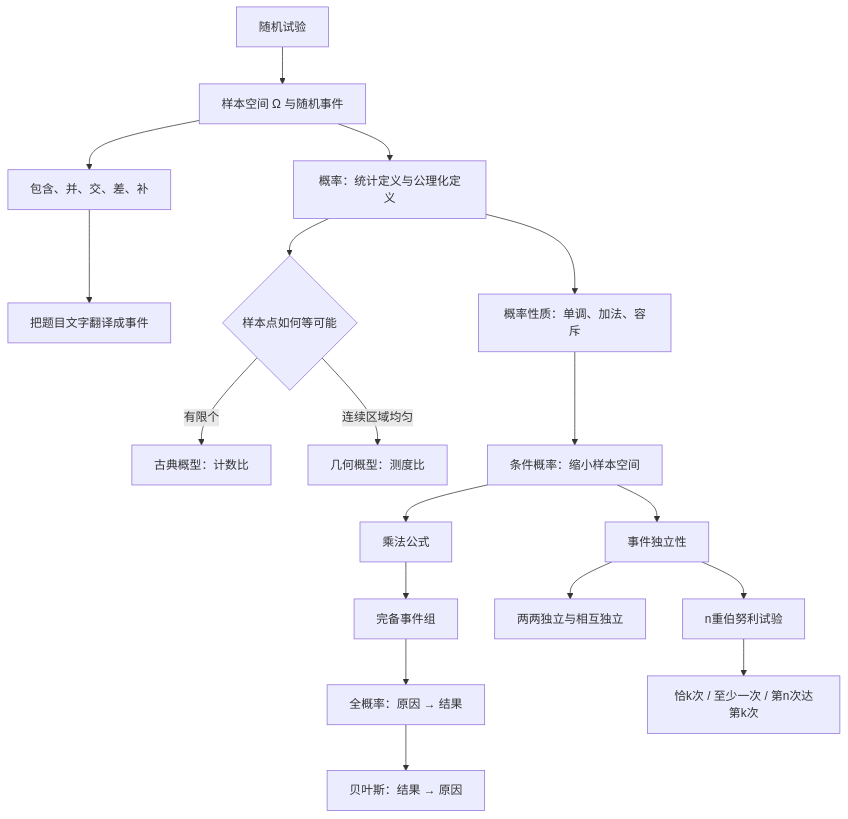
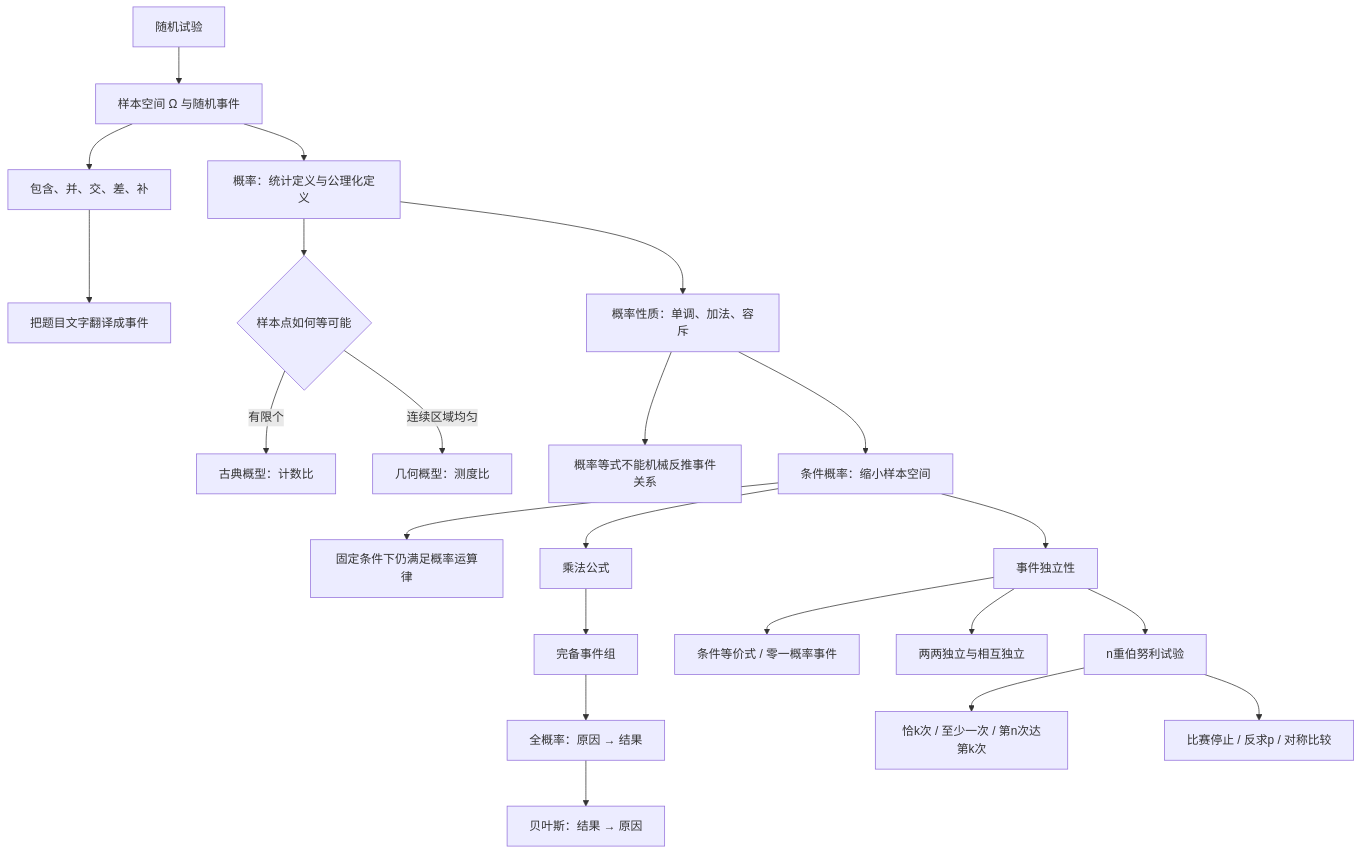
Before and after one commit to Cthaat/Obsidian: the diagram in 考研数学/张宇基础30讲笔记/25_概率第1讲_随机事件与概率.md, drawn with Mermaid. The commit also changed other lines of this file and 4 other files, not shown here.

````diff
--- a/考研数学/张宇基础30讲笔记/25_概率第1讲_随机事件与概率.md
+++ b/考研数学/张宇基础30讲笔记/25_概率第1讲_随机事件与概率.md
@@ -42,20 +53,24 @@
 ```mermaid
 flowchart TD
     A["随机试验"] --> B["样本空间 Ω 与随机事件"]
     B --> C["包含、并、交、差、补"]
     C --> D["把题目文字翻译成事件"]
     B --> E["概率：统计定义与公理化定义"]
     E --> F{"样本点如何等可能"}
     F -->|有限个| G["古典概型：计数比"]
     F -->|连续区域均匀| H["几何概型：测度比"]
     E --> I["概率性质：单调、加法、容斥"]
+    I --> I1["概率等式不能机械反推事件关系"]
     I --> J["条件概率：缩小样本空间"]
+    J --> J1["固定条件下仍满足概率运算律"]
     J --> K["乘法公式"]
     K --> L["完备事件组"]
     L --> M["全概率：原因 → 结果"]
     M --> N["贝叶斯：结果 → 原因"]
     J --> O["事件独立性"]
+    O --> O1["条件等价式 / 零一概率事件"]
     O --> P["两两独立与相互独立"]
     O --> Q["n重伯努利试验"]
     Q --> R["恰k次 / 至少一次 / 第n次达第k次"]
+    Q --> S["比赛停止 / 反求p / 对称比较"]
 ```
````
